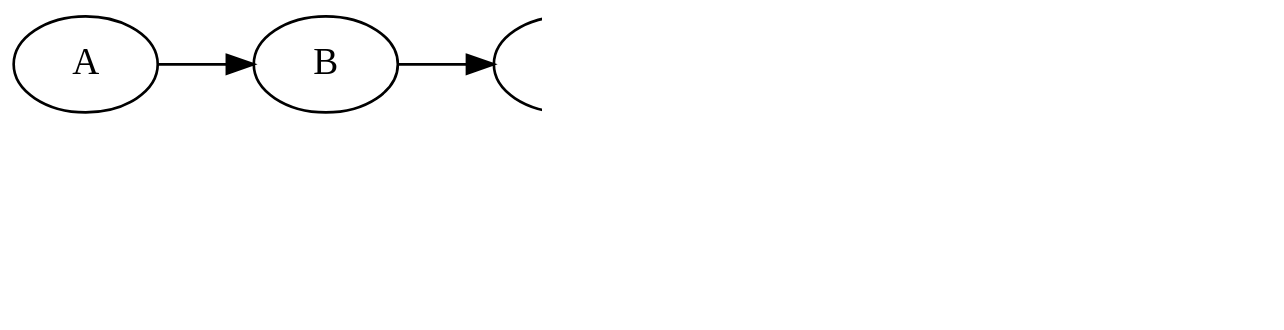
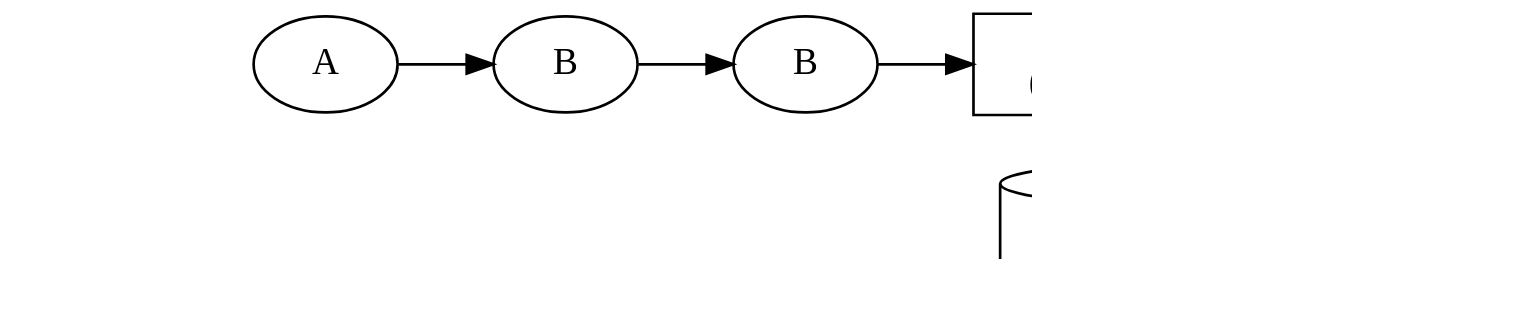
One commit to inponomarev/kstreams-testing-pitfalls changed the ninth of 23 diagrams in slides/src/main/asciidoc/lecture.adoc. Above: the diagram before and after it, drawn with Graphviz. The commit also changed other lines of this file, not shown here.

```diff
--- a/slides/src/main/asciidoc/lecture.adoc
+++ b/slides/src/main/asciidoc/lecture.adoc
@@ -393,27 +401,36 @@
 [graphviz,"wrong-topology2.png"]
 ----
 digraph G {
 graph [ dpi = 180 ];
 rankdir="LR";
 
 A1[label="A"];
 B1[label="B"];
 A2[label="A"];
 B2[label="B"];
 
 A1 -> B1 -> B2 -> Reduce -> A2 ;
 
 Reduce[shape=box,label="reduce \n (l, r) → <STOP>"];
 
 Store[shape=cylinder,label=<<table cellspacing="5" cellborder="0"  border="0">
         <tr><td colspan="2">Local Store</td></tr>
         <tr><td>A</td><vr/><td>A</td></tr>
         </table>>];
 
 Reduce->Store;
 
 {rank = same; Store; Reduce; }
 
+#padding with invisible nodes
+D1->A1[style="invis"];
+A2->D2->S1->S2[style="invis"];
+D1[label="A", style="invis"];
+D2[label="A", style="invis"];
+S1[label="<STOP>", style="invis"];
+S2[label="<STOP>", style="invis"];
+
+
 
 }
 ----
```
